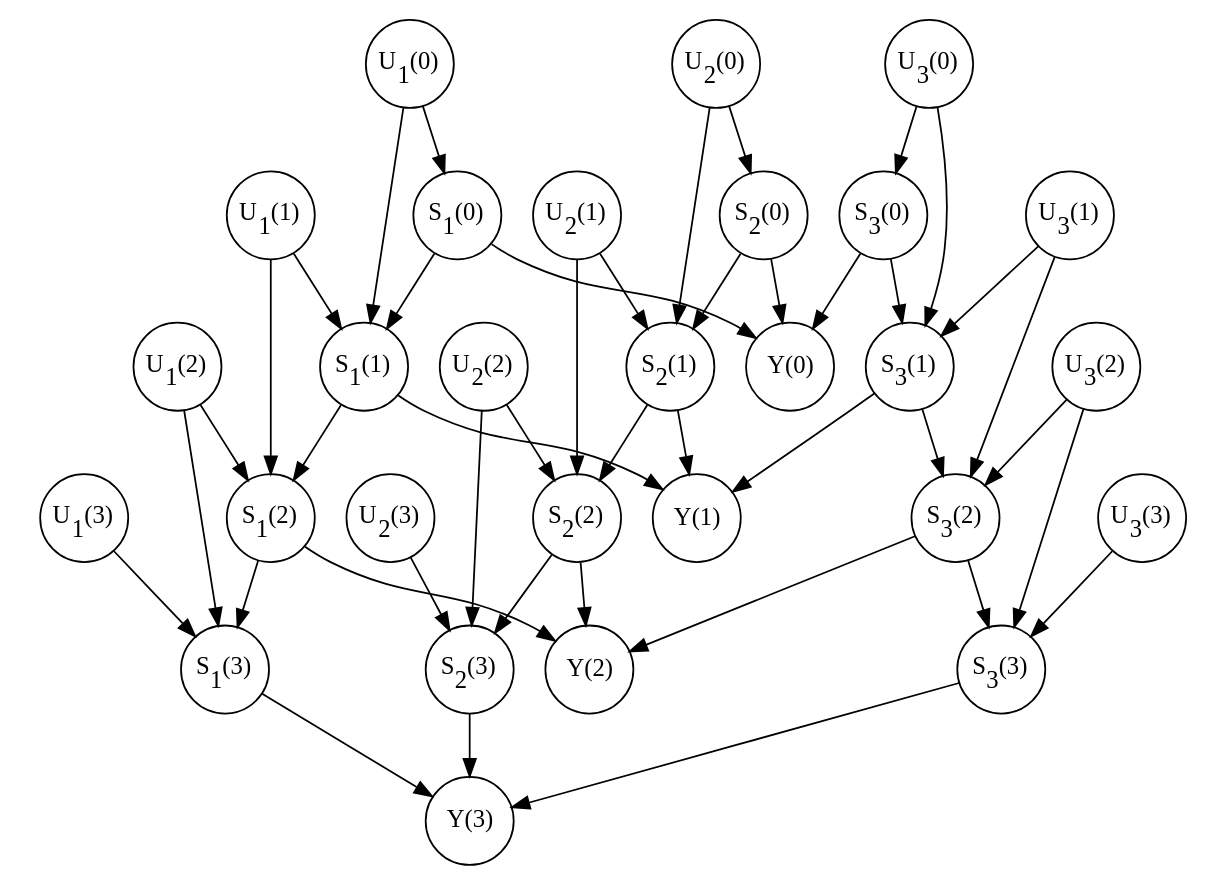
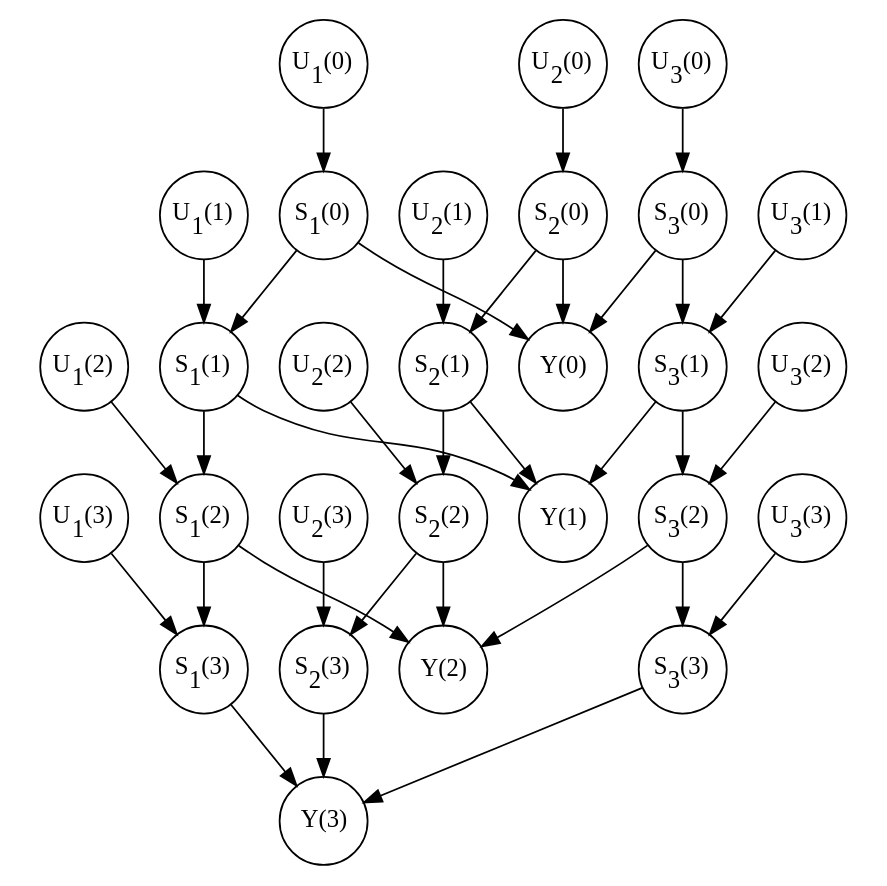
Before and after one commit to I2RLab/em-gaussian: the diagram in factorial_iohmm.dot, drawn with Graphviz. The commit also changed 8 other files, not shown here.

```diff
--- a/factorial_iohmm.dot
+++ b/factorial_iohmm.dot
@@ -1,81 +1,72 @@
 digraph subscript {
     graph [pad="0.212,0.055" bgcolor=white]
     splines=true
     splines=spline
     node [fontname = "Trubechet MS Regular" fontsize=14 fixedsize=true width=.7];
 
-    p0 [pos="-1.5,7.5!" shape=circle label=<U<SUB>1</SUB>(0)>]
-    p1 [pos="0.0,7.5!" shape=circle label=<U<SUB>1</SUB>(1)>]
-    p2 [pos="1.5,7.5!" shape=circle label=<U<SUB>1</SUB>(2)>]
-    p3 [pos="3.0,7.5!" shape=circle label=<U<SUB>1</SUB>(3)>]
-    t0 [pos="-1.49,3.0!" shape=circle label=<S<SUB>1</SUB>(0)>]
-    t1 [pos="0.01,3.0!" shape=circle label=<S<SUB>1</SUB>(1)>]
-    t2 [pos="1.51,3.0!" shape=circle label=<S<SUB>1</SUB>(2)>]
-    t3 [pos="3.01,3.0!" shape=circle label=<S<SUB>1</SUB>(3)>]
+    p0 [pos="-1.52,7.5!" shape=circle label=<U<SUB>1</SUB>(0)>]
+    p1 [pos="-0.01,7.5!" shape=circle label=<U<SUB>1</SUB>(1)>]
+    p2 [pos="1.48,7.5!" shape=circle label=<U<SUB>1</SUB>(2)>]
+    p3 [pos="2.99,7.5!" shape=circle label=<U<SUB>1</SUB>(3)>]
+    t0 [pos="-1.48,3.0!" shape=circle label=<S<SUB>1</SUB>(0)>]
+    t1 [pos="0.02,3.0!" shape=circle label=<S<SUB>1</SUB>(1)>]
+    t2 [pos="1.52,3.0!" shape=circle label=<S<SUB>1</SUB>(2)>]
+    t3 [pos="3.02,3.0!" shape=circle label=<S<SUB>1</SUB>(3)>]
 
     p01 [pos="-1.5,6.0!" shape=circle label=<U<SUB>2</SUB>(0)>]
     p11 [pos="0.0,6.0!" shape=circle label=<U<SUB>2</SUB>(1)>]
     p21 [pos="1.5,6.0!" shape=circle label=<U<SUB>2</SUB>(2)>]
     p31 [pos="3.0,6.0!" shape=circle label=<U<SUB>2</SUB>(3)>]
     t01 [pos="-1.49,1.5!" shape=circle label=<S<SUB>2</SUB>(0)>]
     t11 [pos="0.01,1.5!" shape=circle label=<S<SUB>2</SUB>(1)>]
     t21 [pos="1.51,1.5!" shape=circle label=<S<SUB>2</SUB>(2)>]
     t31 [pos="3.01,1.5!" shape=circle label=<S<SUB>2</SUB>(3)>]
 
-    p02 [pos="-1.5,4.5!" shape=circle label=<U<SUB>3</SUB>(0)>]
-    p12 [pos="0.0,4.5!" shape=circle label=<U<SUB>3</SUB>(1)>]
-    p22 [pos="1.5,4.5!" shape=circle label=<U<SUB>3</SUB>(2)>]
-    p32 [pos="3.0,4.5!" shape=circle label=<U<SUB>3</SUB>(3)>]
+    p02 [pos="-1.49,4.5!" shape=circle label=<U<SUB>3</SUB>(0)>]
+    p12 [pos="0.02,4.5!" shape=circle label=<U<SUB>3</SUB>(1)>]
+    p22 [pos="1.51,4.5!" shape=circle label=<U<SUB>3</SUB>(2)>]
+    p32 [pos="3.02,4.5!" shape=circle label=<U<SUB>3</SUB>(3)>]
     t02 [pos="-1.49,0.0!" shape=circle label=<S<SUB>3</SUB>(0)>]
-    t12 [pos="0.01,0.0!" shape=circle label=<S<SUB>3</SUB>(1)>]
-    t22 [pos="1.51,0.0!" shape=circle label=<S<SUB>3</SUB>(2)>]
-    t32 [pos="3.01,0.0!" shape=circle label=<S<SUB>3</SUB>(3)>]
+    t12 [pos="0.00,0.0!" shape=circle label=<S<SUB>3</SUB>(1)>]
+    t22 [pos="1.50,0.0!" shape=circle label=<S<SUB>3</SUB>(2)>]
+    t32 [pos="3.00,0.0!" shape=circle label=<S<SUB>3</SUB>(3)>]
 
     i0 [pos="-1.48,-1.5!" shape=circle label=<Y(0)>]
     i1 [pos="0.02,-1.5!" shape=circle label=<Y(1)>]
     i2 [pos="1.52,-1.5!" shape=circle label=<Y(2)>]
     i3 [pos="3.02,-1.5!" shape=circle label=<Y(3)>]
 
-    p0 -> t1
-    p01 -> t11
-    p02 -> t12
     p0 -> t0
     p01 -> t01
     p02 -> t02
     p1 -> t1
     p11 -> t11
     p12 -> t12
-    p1 -> t2
-    p11 -> t21
-    p12 -> t22
     p2 -> t2
     p21 -> t21
-    p22-> t22
-    p2 -> t3
-    p21 -> t31
-    p22 -> t32
+    p22 -> t22
     p3 -> t3
     p31 -> t31
     p32 -> t32
     t0 -> t1
     t01 -> t11
     t02 -> t12
     t0 -> i0
     t01 -> i0
     t02 -> i0
     t1 -> t2
     t11 -> t21
     t12 -> t22
     t2 -> t3
     t21 -> t31
     t22 -> t32
     t1 -> i1
     t11 -> i1
     t12 -> i1
     t2 -> i2
     t21 -> i2
     t22 -> i2
     t3 -> i3
     t31 -> i3
     t32 -> i3
       }
```
